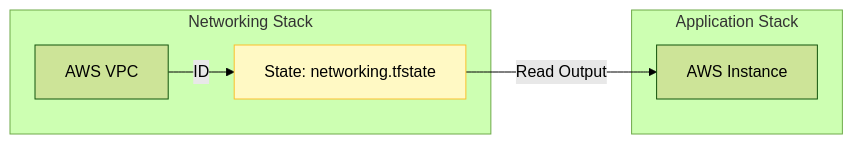
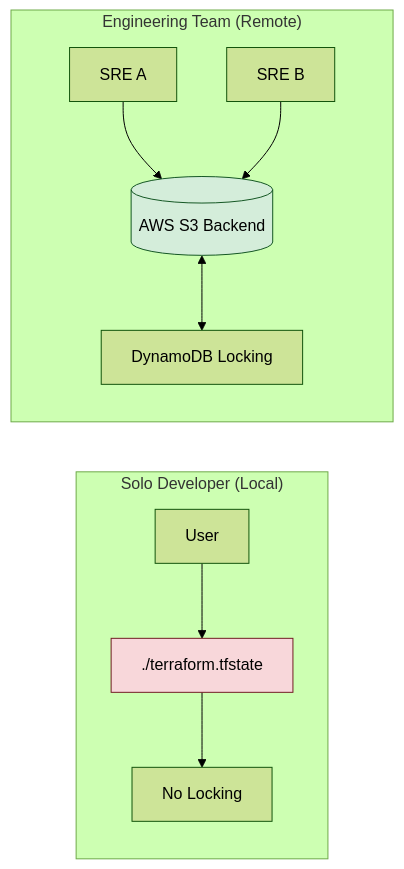
Before and after one commit to Ganil151/Devops: the diagram in 2-Intermediate/03-Terraform/03-State-Management/02-Local-vs-Remote-State/Local vs. Remote State.md, drawn with Mermaid (forest theme). The commit also changed other lines of this file and 428 other files, not shown here.

````diff
--- a/2-Intermediate/03-Terraform/03-State-Management/02-Local-vs-Remote-State/Local vs. Remote State.md
+++ b/2-Intermediate/03-Terraform/03-State-Management/02-Local-vs-Remote-State/Local vs. Remote State.md
@@ -85,12 +7,16 @@
 ```mermaid
 graph LR
-    subgraph "Networking Stack"
-        VPC[AWS VPC] -- ID --> StateNet[State: networking.tfstate]
+    subgraph "Solo Developer (Local)"
+        Dev[User] --> LocalDir[./terraform.tfstate]
+        LocalDir --> LockNo[No Locking]
     end
     
-    subgraph "Application Stack"
-        StateNet -- Read Output --> App[AWS Instance]
+    subgraph "Engineering Team (Remote)"
+        UserA[SRE A] --> S3[(AWS S3 Backend)]
+        UserB[SRE B] --> S3
+        S3 <--> Dynamo[DynamoDB Locking]
     end
     
-    style StateNet fill:#fff9c4,stroke:#fbc02d
+    style LocalDir fill:#f8d7da,stroke:#721c24
+    style S3 fill:#d4edda,stroke:#155724
 ```
````
